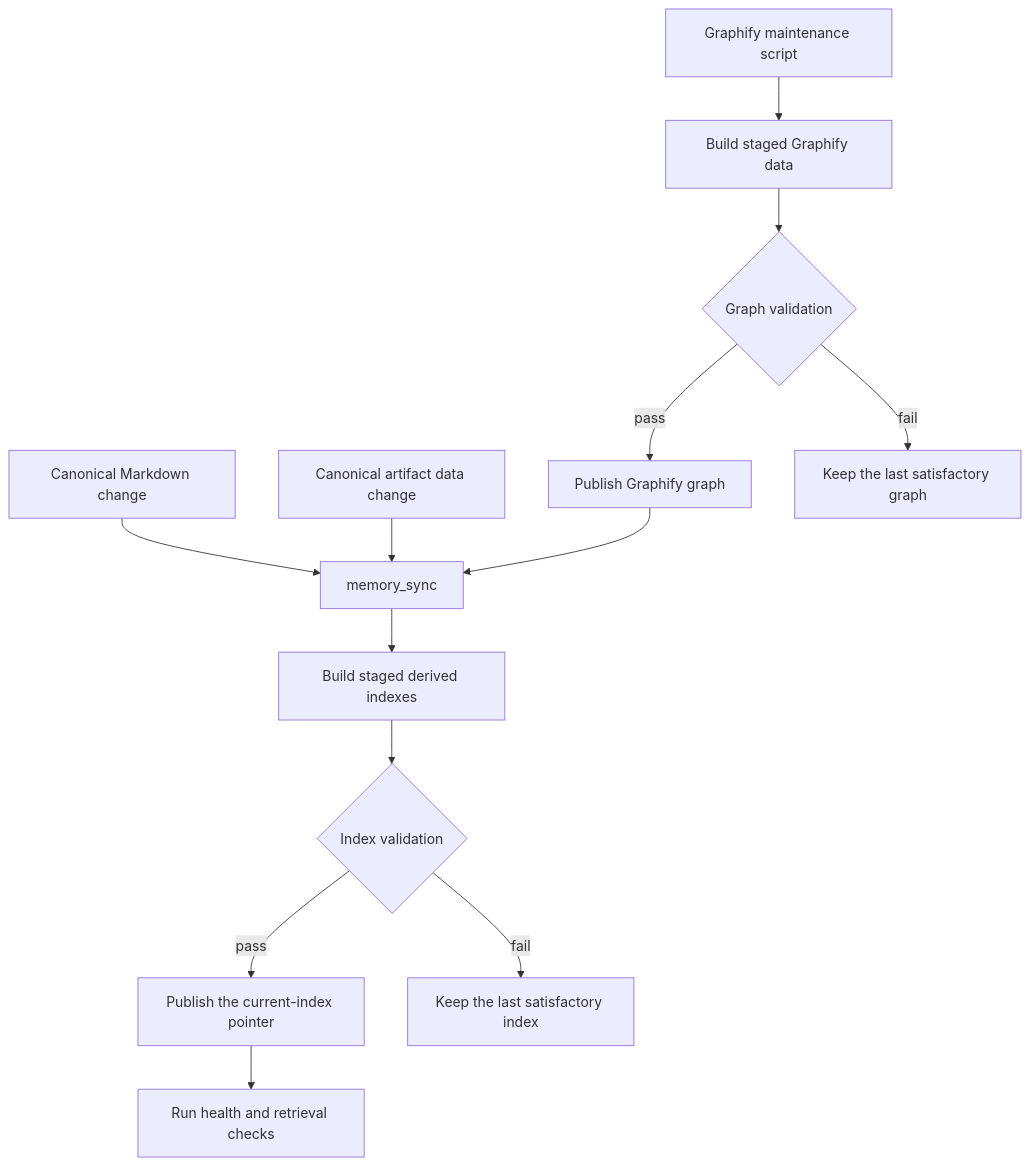
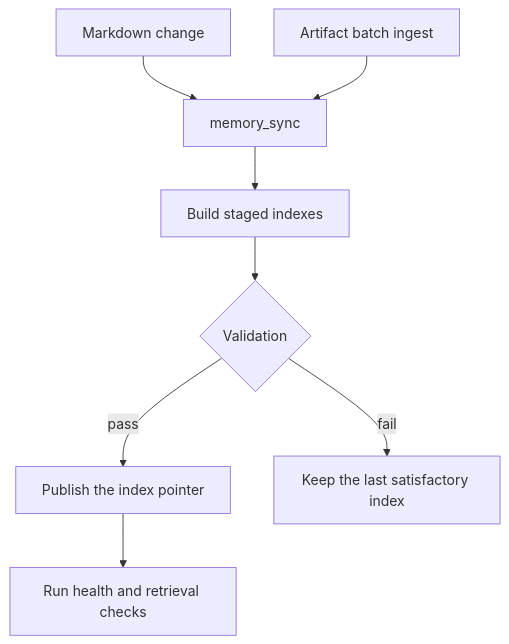
Before and after one commit to moorej2400/ai-memory-mcp: the third of 3 diagrams in README.md, drawn with Mermaid. The commit also changed other lines of this file and 1 other file, not shown here.

First line of the commit message:
docs: show artifact storage in the README architecture

````diff
--- a/README.md
+++ b/README.md
@@ -127,15 +128,10 @@
 ```mermaid
-flowchart TD
-    Change[Canonical Markdown change] --> Sync[memory_sync]
-    ArtifactChange[Canonical artifact data change] --> Sync
-    Sync --> IndexStage[Build staged derived indexes]
-    Maintenance[Graphify maintenance script] --> GraphStage[Build staged Graphify data]
-    GraphStage --> GraphValidate{Graph validation}
-    GraphValidate -->|pass| GraphPublish[Publish Graphify graph]
-    GraphValidate -->|fail| GraphKeep[Keep the last satisfactory graph]
-    GraphPublish --> Sync
-    IndexStage --> IndexValidate{Index validation}
-    IndexValidate -->|pass| Pointer[Publish the current-index pointer]
-    IndexValidate -->|fail| IndexKeep[Keep the last satisfactory index]
-    Pointer --> Health[Run health and retrieval checks]
+flowchart TB
+    MdChange["Markdown change"] --> Sync["memory_sync"]
+    ArtChange["Artifact batch ingest"] --> Sync
+    Sync --> Stage["Build staged indexes"]
+    Stage --> Validate{"Validation"}
+    Validate -->|pass| Publish["Publish the index pointer"]
+    Validate -->|fail| Keep["Keep the last satisfactory index"]
+    Publish --> Health["Run health and retrieval checks"]
 ```
````
